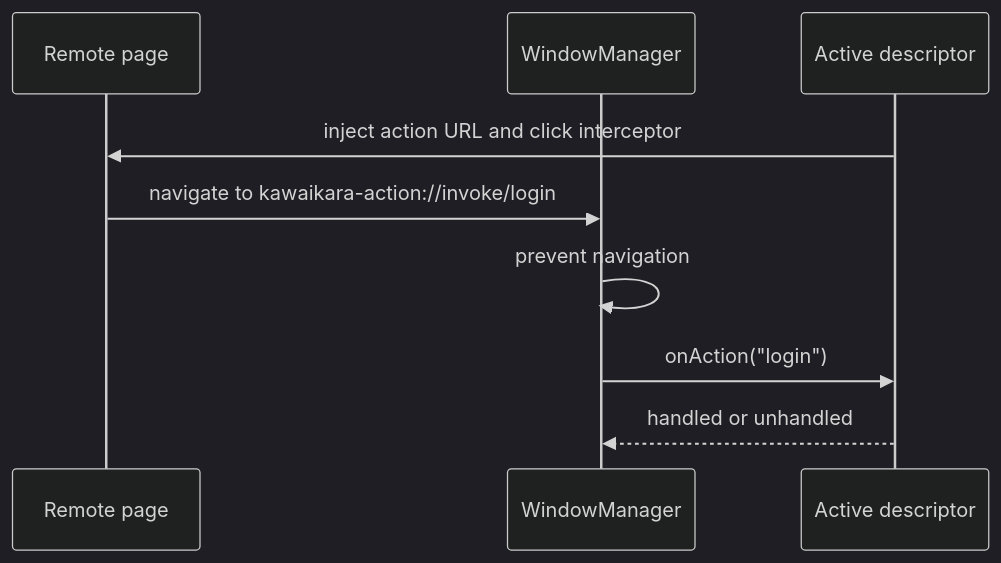
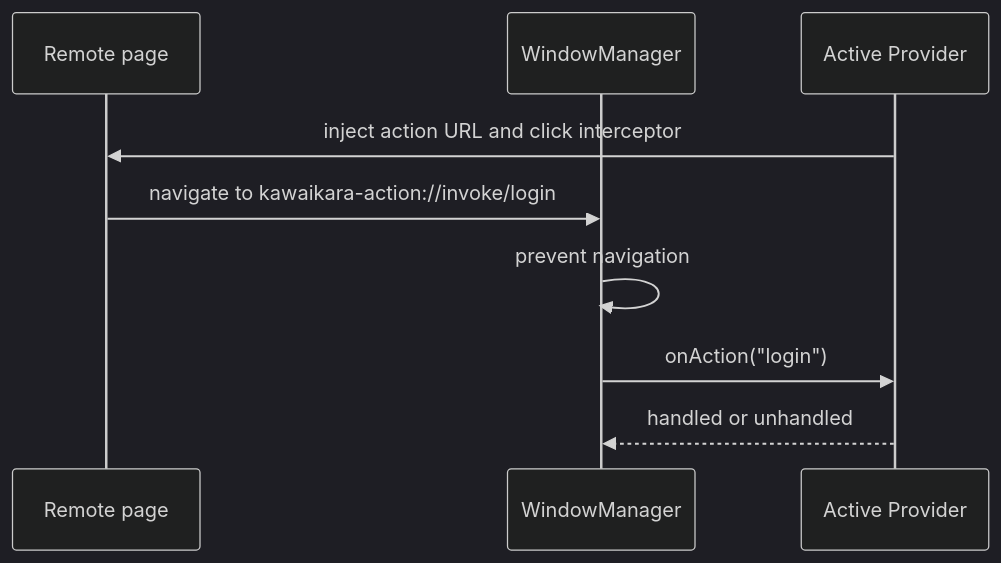
One commit to fabyday/kawaikara changed the third of 3 diagrams in docs/Developer/Architecture/Runtime.md. Above: the diagram before and after it, drawn with Mermaid (dark theme). The commit also changed other lines of this file and 161 other files, not shown here.

````diff
--- a/docs/Developer/Architecture/Runtime.md
+++ b/docs/Developer/Architecture/Runtime.md
@@ -143,12 +163,12 @@
 ```mermaid
 sequenceDiagram
   participant Page as Remote page
   participant Window as WindowManager
-  participant Site as Active descriptor
+  participant Site as Active Provider
 
   Site->>Page: inject action URL and click interceptor
   Page->>Window: navigate to kawaikara-action://invoke/login
   Window->>Window: prevent navigation
   Window->>Site: onAction("login")
   Site-->>Window: handled or unhandled
 ```
````
